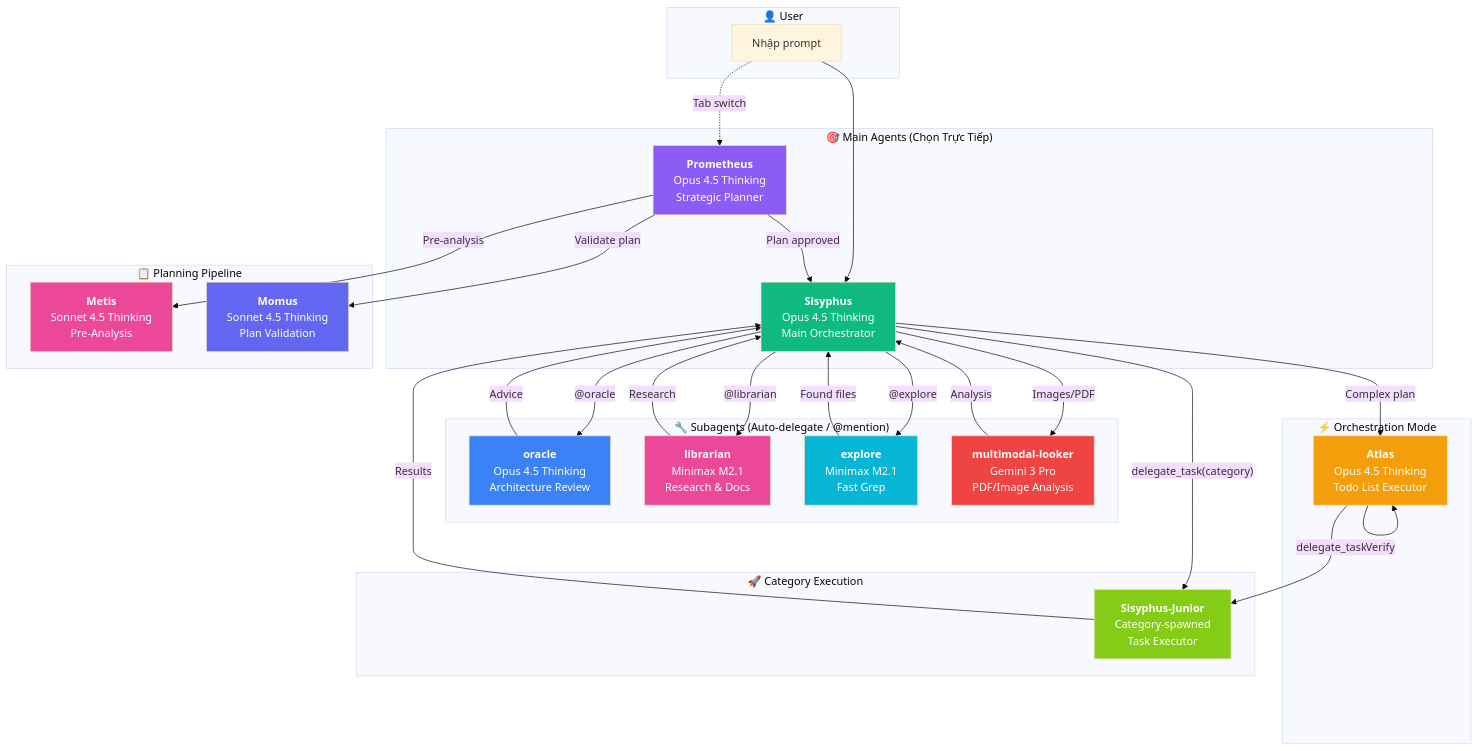
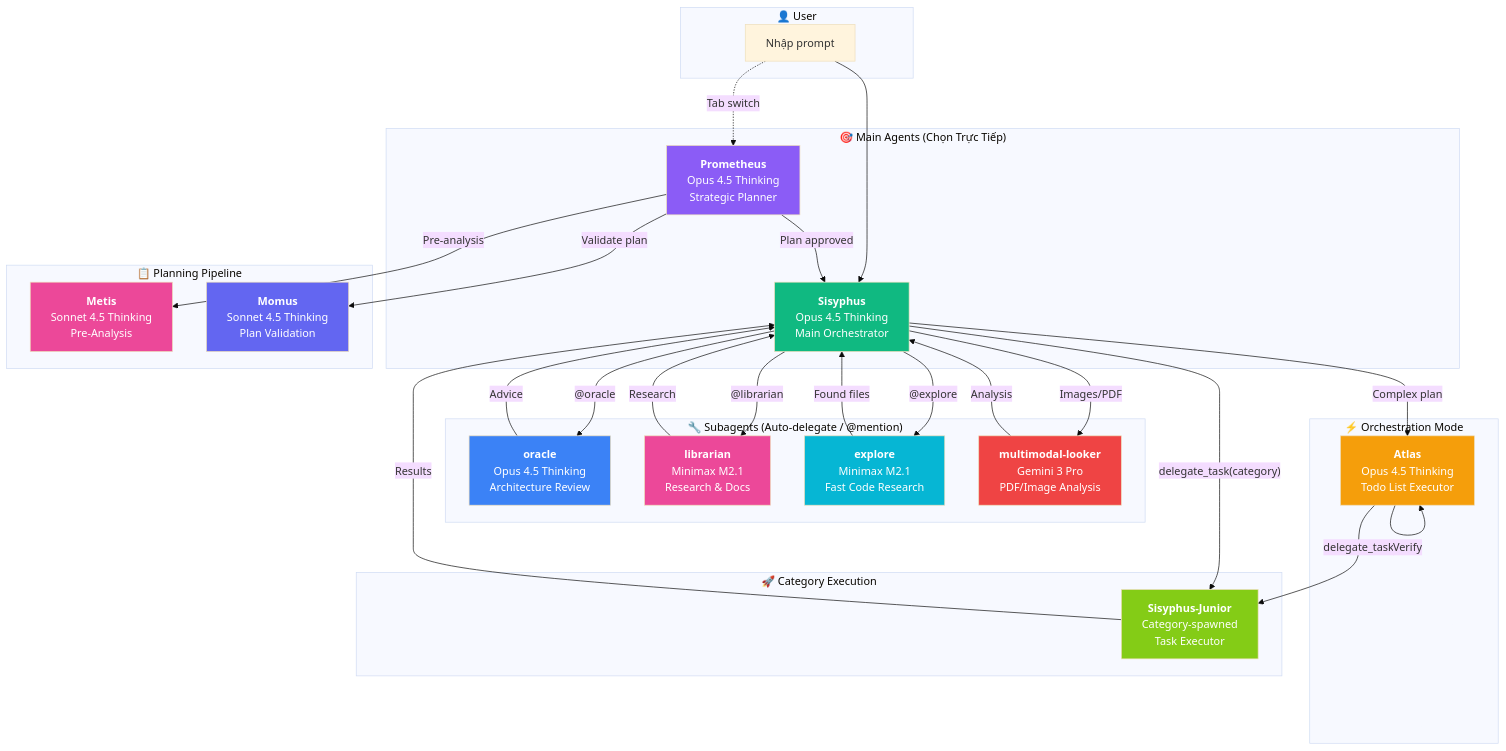
The first of 4 diagrams in README.custom.md (aurora-freedom-project/omo-cli), drawn with Mermaid (base theme) before and after one commit. The commit also changed other lines of this file and 2 other files, not shown here.

````diff
--- a/README.custom.md
+++ b/README.custom.md
@@ -40,65 +40,65 @@
 ```mermaid
 flowchart TD
     subgraph USER["👤 User"]
         prompt[Nhập prompt]
     end
 
     subgraph MAIN["🎯 Main Agents (Chọn Trực Tiếp)"]
         sisyphus["<b>Sisyphus</b><br/>Opus 4.5 Thinking<br/>Main Orchestrator"]
         prometheus["<b>Prometheus</b><br/>Opus 4.5 Thinking<br/>Strategic Planner"]
     end
 
     subgraph PLANNING["📋 Planning Pipeline"]
         metis["<b>Metis</b><br/>Sonnet 4.5 Thinking<br/>Pre-Analysis"]
         momus["<b>Momus</b><br/>Sonnet 4.5 Thinking<br/>Plan Validation"]
     end
 
     subgraph SUBAGENTS["🔧 Subagents (Auto-delegate / @mention)"]
         oracle["<b>oracle</b><br/>Opus 4.5 Thinking<br/>Architecture Review"]
         librarian["<b>librarian</b><br/>Minimax M2.1<br/>Research & Docs"]
-        explore["<b>explore</b><br/>Minimax M2.1<br/>Fast Grep"]
+        explore["<b>explore</b><br/>Minimax M2.1<br/>Fast Code Research"]
         multimodal["<b>multimodal-looker</b><br/>Gemini 3 Pro<br/>PDF/Image Analysis"]
     end
 
     subgraph ORCHESTRATION["⚡ Orchestration Mode"]
         atlas["<b>Atlas</b><br/>Opus 4.5 Thinking<br/>Todo List Executor"]
     end
 
     subgraph EXECUTION["🚀 Category Execution"]
         junior["<b>Sisyphus-Junior</b><br/>Category-spawned<br/>Task Executor"]
     end
 
     prompt --> sisyphus
     prompt -.->|Tab switch| prometheus
 
     sisyphus -->|"Complex plan"| atlas
     sisyphus -->|"@oracle"| oracle
     sisyphus -->|"@librarian"| librarian
     sisyphus -->|"@explore"| explore
     sisyphus -->|"Images/PDF"| multimodal
     sisyphus -->|"delegate_task(category)"| junior
 
     prometheus -->|"Pre-analysis"| metis
     prometheus -->|"Validate plan"| momus
     prometheus -->|"Plan approved"| sisyphus
 
     atlas -->|"delegate_task"| junior
     atlas -->|"Verify"| atlas
 
     junior -->|"Results"| sisyphus
     oracle -->|"Advice"| sisyphus
     librarian -->|"Research"| sisyphus
     explore -->|"Found files"| sisyphus
     multimodal -->|"Analysis"| sisyphus
 
     style sisyphus fill:#10B981,color:#fff
     style prometheus fill:#8B5CF6,color:#fff
     style atlas fill:#F59E0B,color:#fff
     style oracle fill:#3B82F6,color:#fff
     style librarian fill:#EC4899,color:#fff
     style explore fill:#06B6D4,color:#fff
     style multimodal fill:#EF4444,color:#fff
     style metis fill:#EC4899,color:#fff
     style momus fill:#6366F1,color:#fff
     style junior fill:#84CC16,color:#fff
 ```
````
